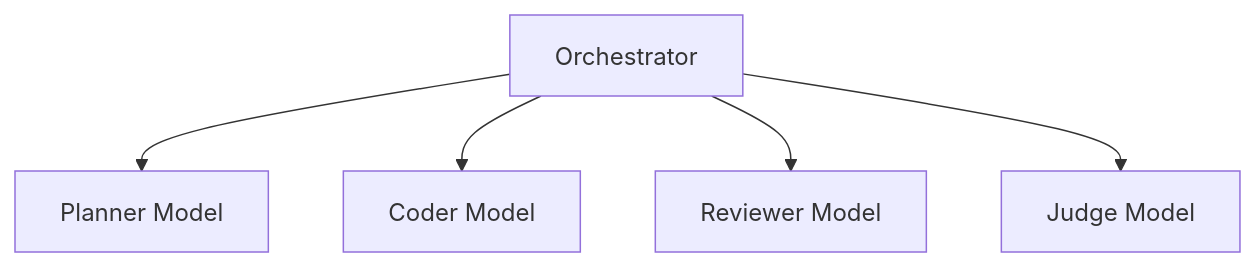
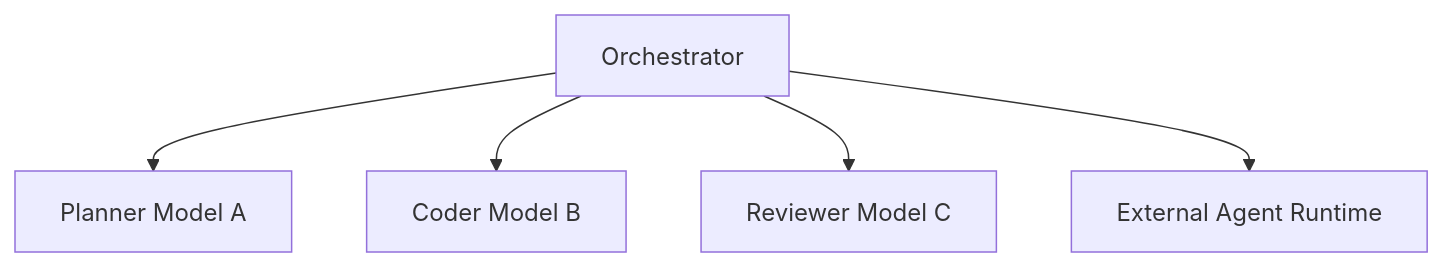
One commit to indigofeather/harness-book changed the second of 5 diagrams in docs/comparison/selection-guide.md. Above: the diagram before and after it, drawn with Mermaid. The commit also changed other lines of this file and 13 other files, not shown here.

````diff
--- a/docs/comparison/selection-guide.md
+++ b/docs/comparison/selection-guide.md
@@ -79,8 +97,8 @@
 ```mermaid
 flowchart TB
   O[Orchestrator]
-  O --> P[Planner Model]
-  O --> C[Coder Model]
-  O --> R[Reviewer Model]
-  O --> J[Judge Model]
+  O --> P[Planner Model A]
+  O --> C[Coder Model B]
+  O --> R[Reviewer Model C]
+  O --> X[External Agent Runtime]
 ```
````
